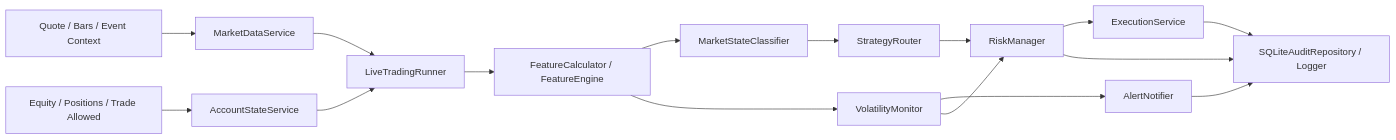
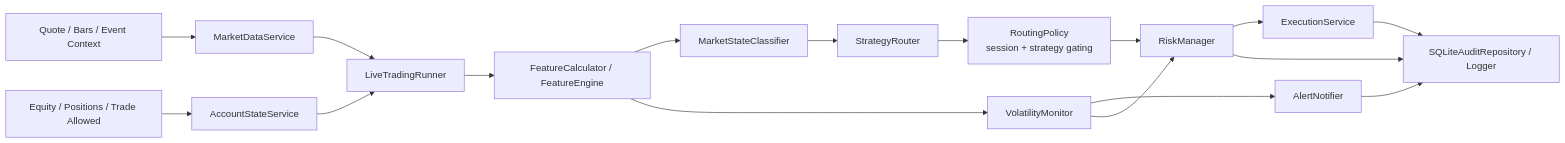
Before and after one commit to hudrew/xauusd-ai-trading-system: the diagram in docs/implementation/system_main_flow.md, drawn with Mermaid. The commit also changed other lines of this file and 14 other files, not shown here.

````diff
--- a/docs/implementation/system_main_flow.md
+++ b/docs/implementation/system_main_flow.md
@@ -5,18 +5,19 @@
 ```mermaid
 flowchart LR
     A["Quote / Bars / Event Context"] --> B["MarketDataService"]
     A2["Equity / Positions / Trade Allowed"] --> B2["AccountStateService"]
     B --> C["LiveTradingRunner"]
     B2 --> C["LiveTradingRunner"]
     C --> D["FeatureCalculator / FeatureEngine"]
     D --> E["MarketStateClassifier"]
     D --> F["VolatilityMonitor"]
     E --> G["StrategyRouter"]
+    G --> G2["RoutingPolicy<br/>session + strategy gating"]
     F --> H["AlertNotifier"]
     F --> I["RiskManager"]
-    G --> I["RiskManager"]
+    G2 --> I["RiskManager"]
     I --> J["ExecutionService"]
     I --> K["SQLiteAuditRepository / Logger"]
     H --> K["SQLiteAuditRepository / Logger"]
     J --> K["SQLiteAuditRepository / Logger"]
 ```
````
